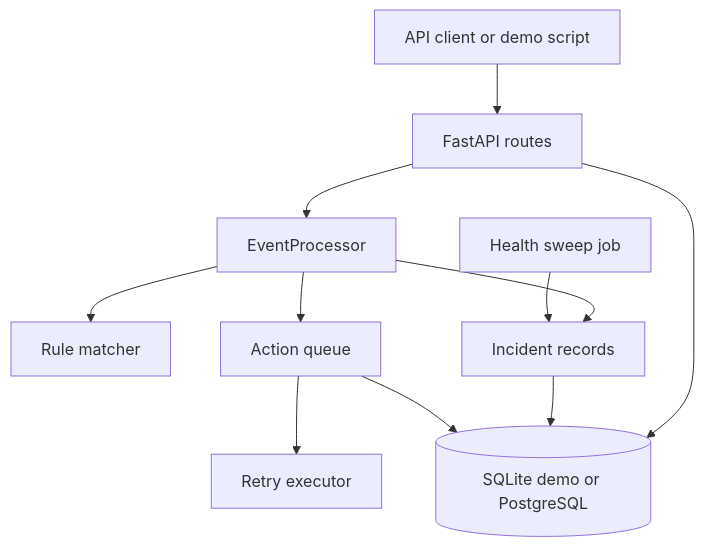
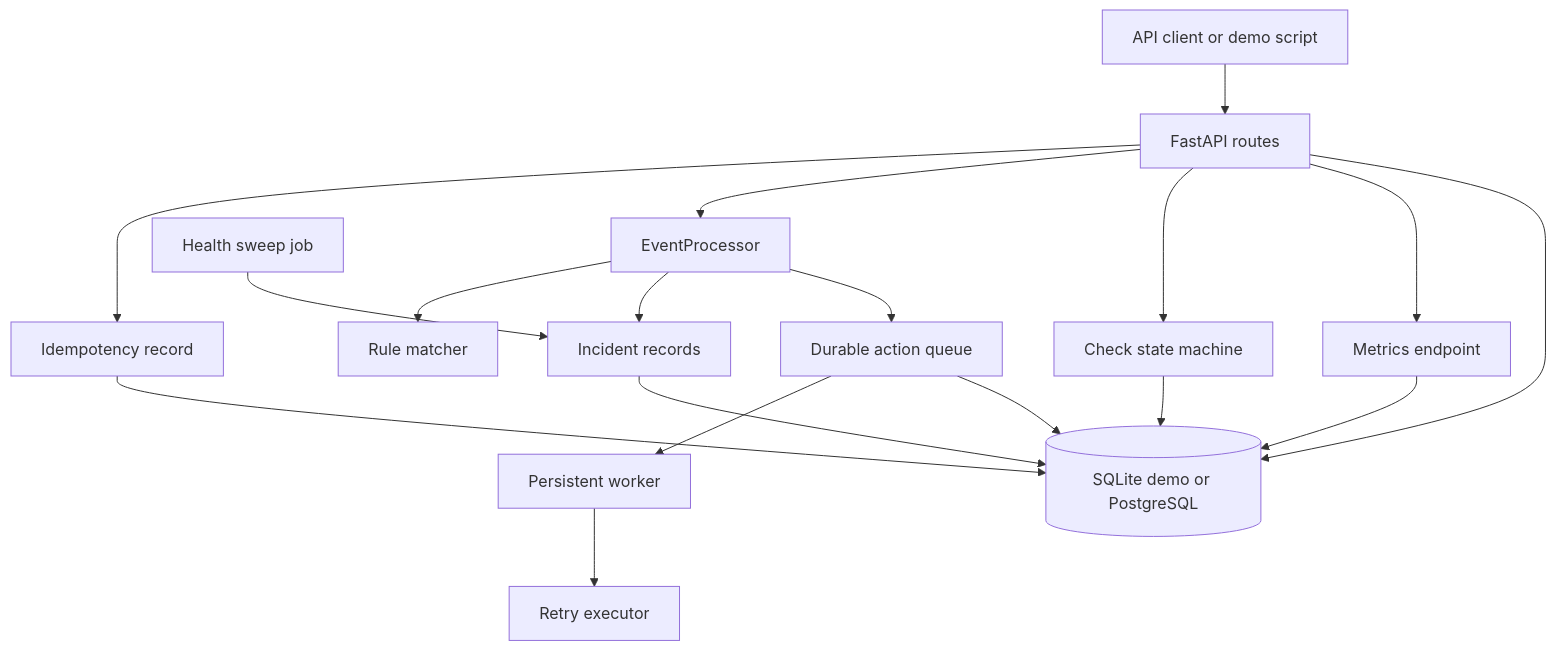
The diagram in docs/architecture.md (guilherme-lacerda-tech/support-operations-intelligence-platform), drawn with Mermaid before and after one commit. The commit also changed other lines of this file and 71 other files, not shown here.

````diff
--- a/docs/architecture.md
+++ b/docs/architecture.md
@@ -9,13 +9,20 @@
 ```mermaid
 flowchart TB
     Client["API client or demo script"] --> API["FastAPI routes"]
+    API --> Idempotency["Idempotency record"]
     API --> Processor["EventProcessor"]
     Processor --> Rules["Rule matcher"]
     Processor --> Incidents["Incident records"]
-    Processor --> Actions["Action queue"]
-    Actions --> Retry["Retry executor"]
+    Processor --> Actions["Durable action queue"]
+    Actions --> Worker["Persistent worker"]
+    Worker --> Retry["Retry executor"]
+    API --> Checks["Check state machine"]
     Jobs["Health sweep job"] --> Incidents
+    API --> Metrics["Metrics endpoint"]
     API --> DB[("SQLite demo or PostgreSQL")]
+    Idempotency --> DB
     Incidents --> DB
     Actions --> DB
+    Checks --> DB
+    Metrics --> DB
 ```
````
